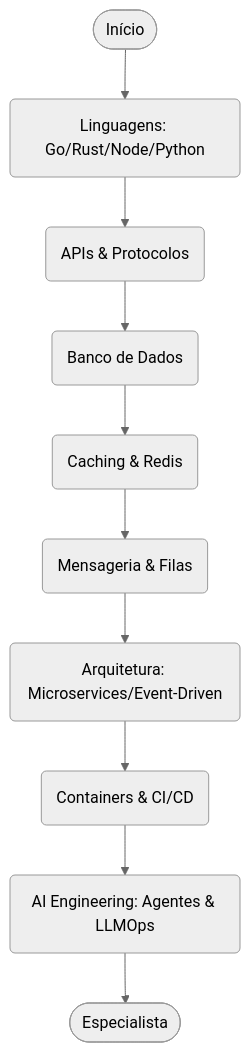
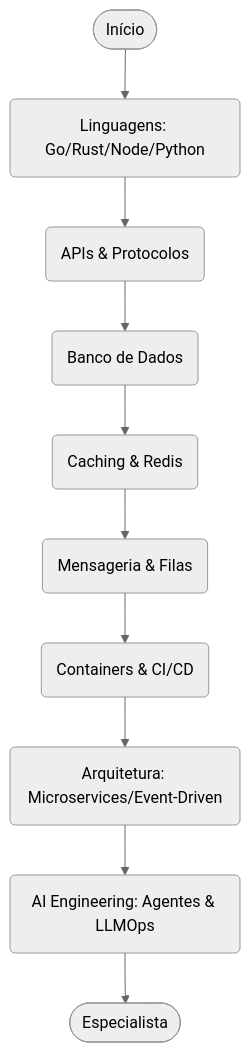
The diagram in roadmaps/backend/backend.md (juninmd/roadmap-developer), drawn with Mermaid (neutral theme) before and after one commit.

Commit message:
Apply suggestion from gemini-code-assist[bot]

````diff
--- a/roadmaps/backend/backend.md
+++ b/roadmaps/backend/backend.md
@@ -5,12 +5,12 @@
 ```mermaid
 flowchart TD
     Start([Início]) --> Lang(Linguagens: Go/Rust/Node/Python)
     Lang --> API(APIs & Protocolos)
     API --> DB(Banco de Dados)
     DB --> Cache(Caching & Redis)
     Cache --> Async(Mensageria & Filas)
-    Async --> Arch(Arquitetura: Microservices/Event-Driven)
-    Arch --> DevOps(Containers & CI/CD)
-    DevOps --> AI(AI Engineering: Agentes & LLMOps)
+    Async --> DevOps(Containers & CI/CD)
+    DevOps --> Arch(Arquitetura: Microservices/Event-Driven)
+    Arch --> AI(AI Engineering: Agentes & LLMOps)
     AI --> Spec([Especialista])
 ```
````
